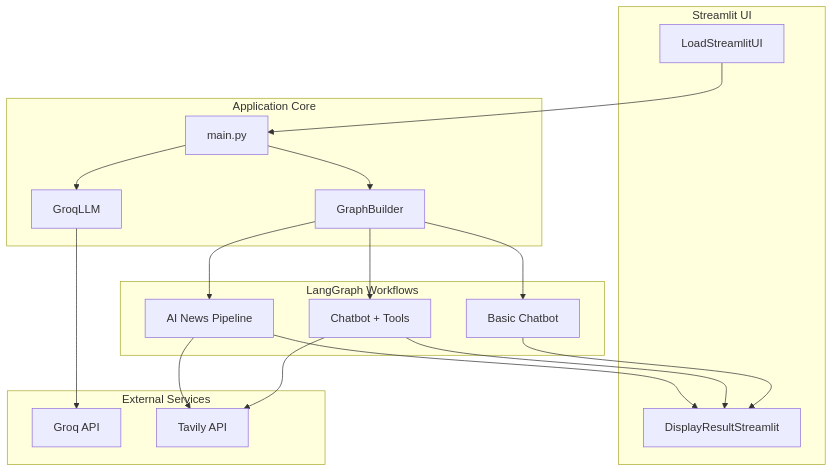
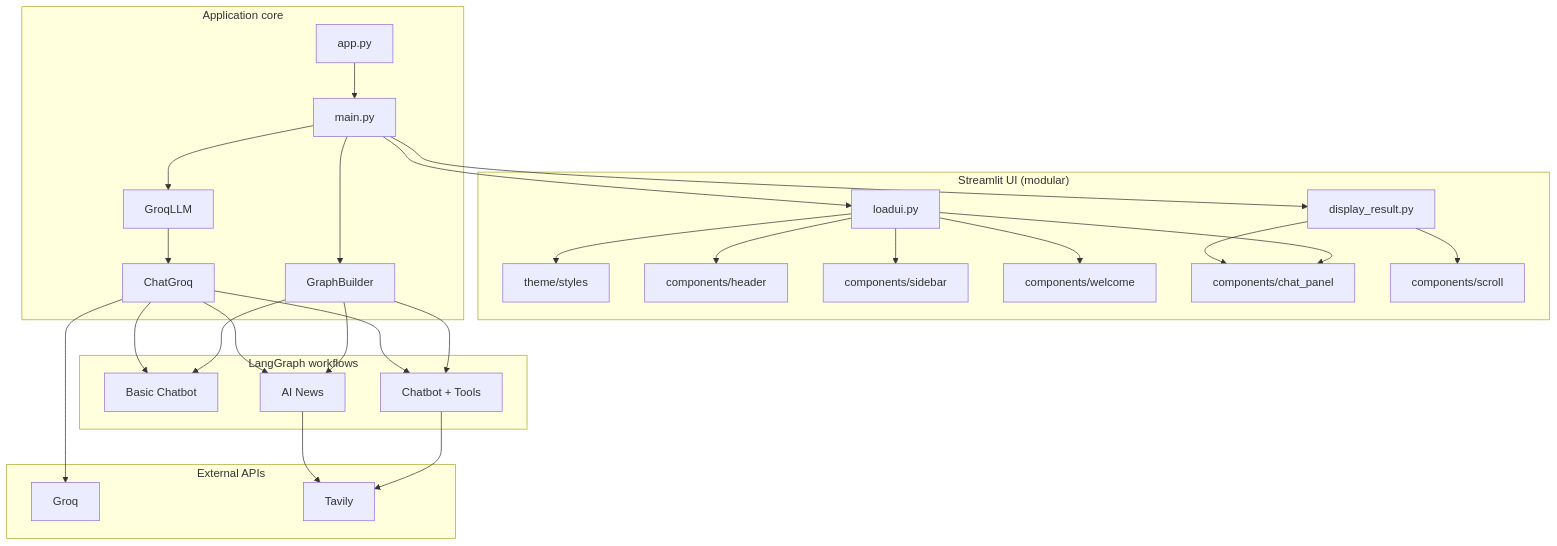
Before and after one commit to Ahad9044/Agentic-Chatbot: the diagram in README.md, drawn with Mermaid. The commit also changed other lines of this file and 40 other files, not shown here.

````diff
--- a/README.md
+++ b/README.md
@@ -56,34 +59,42 @@
 ```mermaid
 flowchart TB
-    subgraph UI["Streamlit UI"]
-        LoadUI[LoadStreamlitUI]
-        Display[DisplayResultStreamlit]
+    subgraph UI["Streamlit UI (modular)"]
+        Theme[theme/styles]
+        Header[components/header]
+        Sidebar[components/sidebar]
+        Welcome[components/welcome]
+        Chat[components/chat_panel]
+        Scroll[components/scroll]
+        LoadUI[loadui.py]
+        Display[display_result.py]
     end
 
-    subgraph Core["Application Core"]
+    subgraph Core["Application core"]
+        App[app.py]
         Main[main.py]
-        Groq[GroqLLM]
+        GroqCfg[GroqLLM]
+        ChatGroq[ChatGroq]
         GB[GraphBuilder]
     end
 
-    subgraph Graphs["LangGraph Workflows"]
+    subgraph Graphs["LangGraph workflows"]
         B[Basic Chatbot]
         T[Chatbot + Tools]
-        N[AI News Pipeline]
+        N[AI News]
     end
 
-    subgraph External["External Services"]
-        G[Groq API]
-        Tav[Tavily API]
+    subgraph APIs["External APIs"]
+        G[Groq]
+        Tav[Tavily]
     end
 
-    LoadUI --> Main
-    Main --> Groq --> G
-    Main --> GB
-    GB --> B & T & N
-    B --> Display
+    App --> Main --> LoadUI
+    LoadUI --> Theme & Header & Sidebar & Welcome & Chat
+    Main --> GroqCfg --> ChatGroq --> G
+    Main --> GB --> B & T & N
+    ChatGroq --> B & T & N
     T --> Tav
     N --> Tav
-    T --> Display
-    N --> Display
+    Main --> Display --> Chat
+    Display --> Scroll
 ```
````
